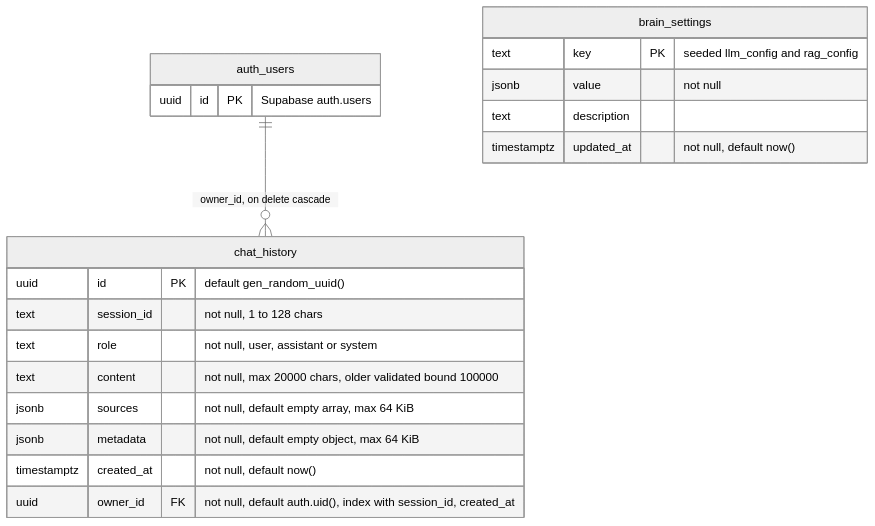
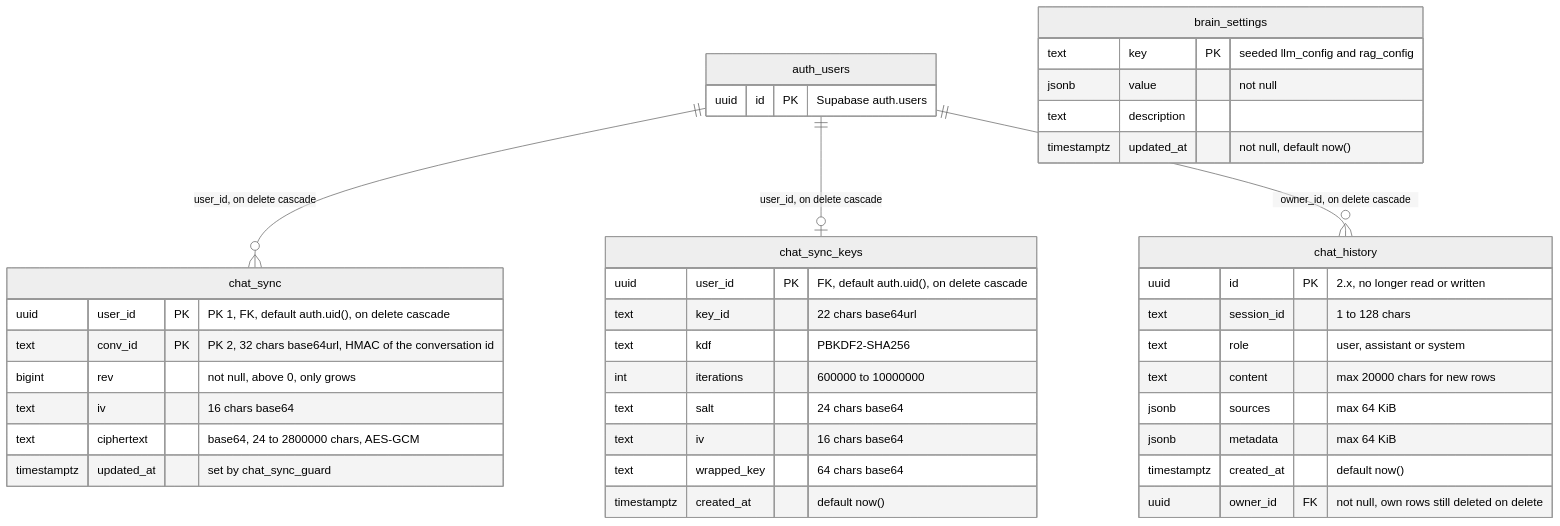
Before and after one commit to umutcantezgel-cpu/Starpi: the second of 6 diagrams in backend/supabase/README.md, drawn with Mermaid (neutral theme). The commit also changed other lines of this file and 2 other files, not shown here.

Commit message:
docs(atlas): Supabase in 3.0: the encrypted chat sync, its tables and policies, and the two optional migrations
connect() with the companion build, classifyError with the sync and
email kinds, badge states without plaintext chat sync, data access with
the vector RPC and the sync calls, a new section on the end-to-end
encrypted sync (keys, records, merge rules, conflicts, deletion), the
chat_sync and chat_sync_keys schema and owner-only policies, the format
checks, the migration order with 20261101000000 and 20261102000000,
and the RLS suite's sync checks. Diagram copies in CONTRIBUTING and the
database README follow.

Claude-Session: https://claude.ai/code/session_01XGH5MEoAFr6EfwsbiNVqPf

````diff
--- a/backend/supabase/README.md
+++ b/backend/supabase/README.md
@@ -269,24 +269,43 @@
 ```mermaid
 erDiagram
     auth_users {
         uuid id PK "Supabase auth.users"
     }
+    chat_sync {
+        uuid user_id PK "PK 1, FK, default auth.uid(), on delete cascade"
+        text conv_id PK "PK 2, 32 chars base64url, HMAC of the conversation id"
+        bigint rev "not null, above 0, only grows"
+        text iv "16 chars base64"
+        text ciphertext "base64, 24 to 2800000 chars, AES-GCM"
+        timestamptz updated_at "set by chat_sync_guard"
+    }
+    chat_sync_keys {
+        uuid user_id PK "FK, default auth.uid(), on delete cascade"
+        text key_id "22 chars base64url"
+        text kdf "PBKDF2-SHA256"
+        int iterations "600000 to 10000000"
+        text salt "24 chars base64"
+        text iv "16 chars base64"
+        text wrapped_key "64 chars base64"
+        timestamptz created_at "default now()"
+    }
     chat_history {
-        uuid id PK "default gen_random_uuid()"
-        text session_id "not null, 1 to 128 chars"
-        text role "not null, user, assistant or system"
-        text content "not null, max 20000 chars, older validated bound 100000"
-        jsonb sources "not null, default empty array, max 64 KiB"
-        jsonb metadata "not null, default empty object, max 64 KiB"
-        timestamptz created_at "not null, default now()"
-        uuid owner_id FK "not null, default auth.uid(), index with session_id, created_at"
+        uuid id PK "2.x, no longer read or written"
+        text session_id "1 to 128 chars"
+        text role "user, assistant or system"
+        text content "max 20000 chars for new rows"
+        jsonb sources "max 64 KiB"
+        jsonb metadata "max 64 KiB"
+        timestamptz created_at "default now()"
+        uuid owner_id FK "not null, own rows still deleted on delete"
     }
     brain_settings {
         text key PK "seeded llm_config and rag_config"
         jsonb value "not null"
         text description
         timestamptz updated_at "not null, default now()"
     }
-
+    auth_users ||--o{ chat_sync : "user_id, on delete cascade"
+    auth_users ||--o| chat_sync_keys : "user_id, on delete cascade"
     auth_users ||--o{ chat_history : "owner_id, on delete cascade"
 ```
````
